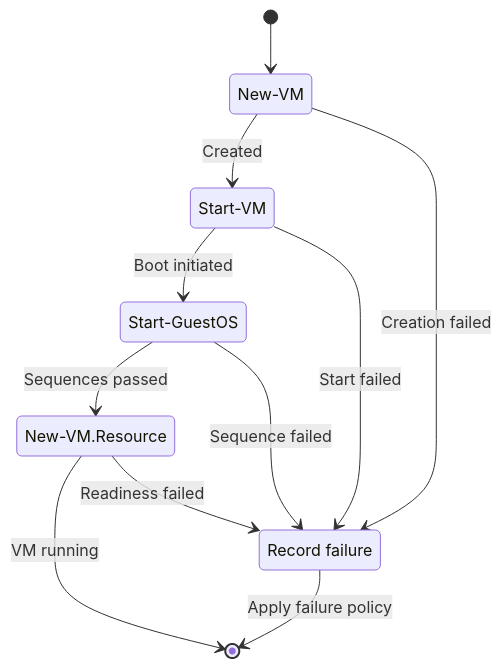
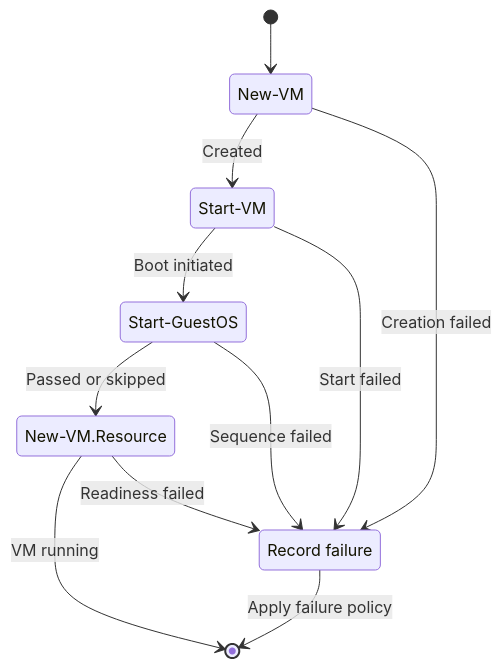
One commit to alissonsol/yuruna changed the second of 7 diagrams in docs/design/04-lifecycle-state.md. Above: the diagram before and after it, drawn with Mermaid. The commit also changed other lines of this file and 1409 other files, not shown here.

````diff
--- a/docs/design/04-lifecycle-state.md
+++ b/docs/design/04-lifecycle-state.md
@@ -44,18 +44,18 @@
 ```mermaid
 stateDiagram-v2
     state "New-VM" as new_vm
     state "Start-VM" as start_vm
     state "Start-GuestOS" as start_guest_os
     state "New-VM.Resource" as new_vm_resource
     state "Record failure" as complete_guest_step_failure
     [*] --> new_vm
     new_vm --> start_vm: Created
     start_vm --> start_guest_os: Boot initiated
-    start_guest_os --> new_vm_resource: Sequences passed
+    start_guest_os --> new_vm_resource: Passed or skipped
     new_vm_resource --> [*]: VM running
     new_vm --> complete_guest_step_failure: Creation failed
     start_vm --> complete_guest_step_failure: Start failed
     start_guest_os --> complete_guest_step_failure: Sequence failed
     new_vm_resource --> complete_guest_step_failure: Readiness failed
     complete_guest_step_failure --> [*]: Apply failure policy
 ```
````
